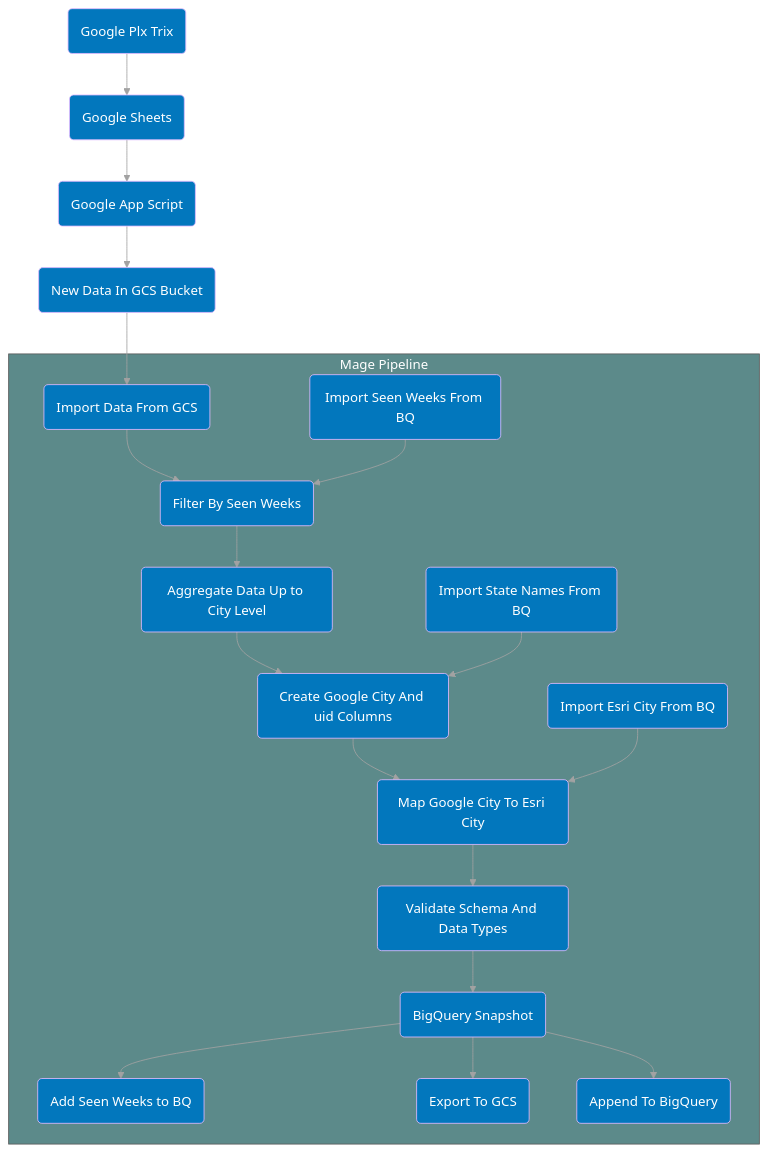
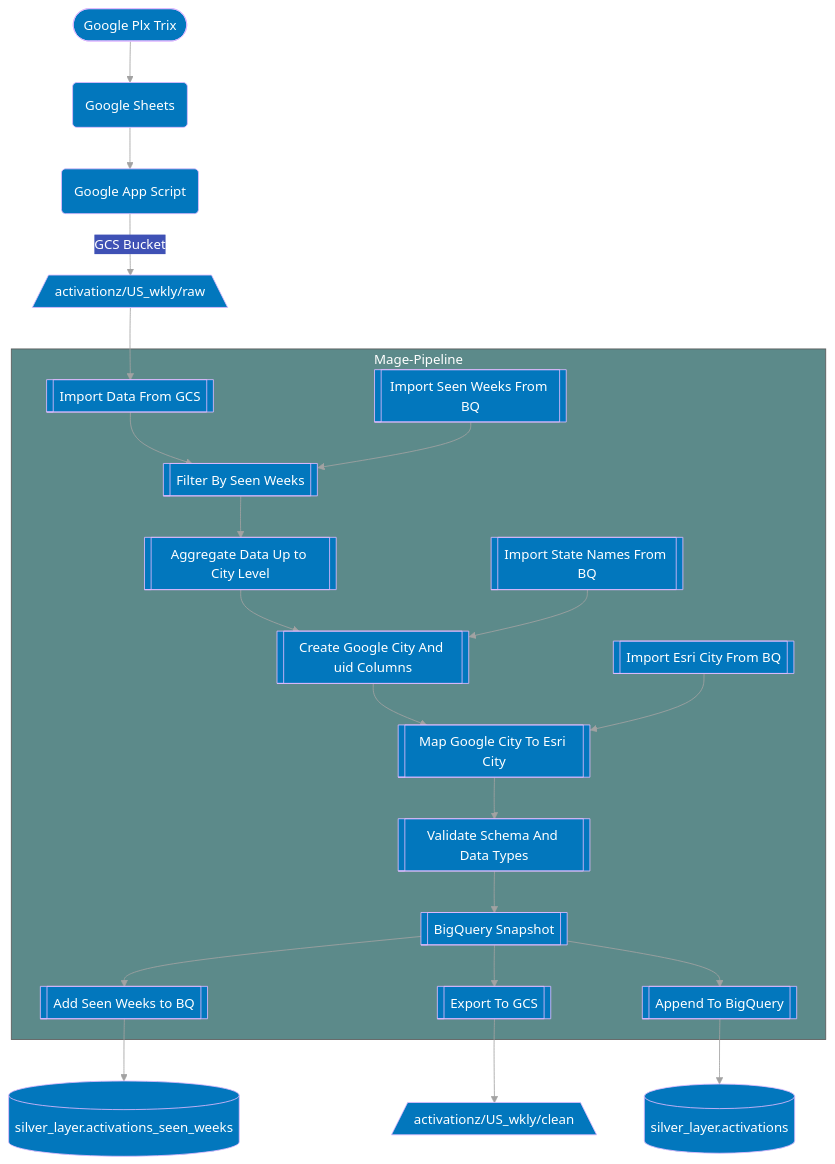
The diagram in documentation/pipelines/us_activations.md (CarrierOps/1P-Wiki), drawn with Mermaid before and after one commit. The commit also changed other lines of this file and 7 other files, not shown here.

````diff
--- a/documentation/pipelines/us_activations.md
+++ b/documentation/pipelines/us_activations.md
@@ -14,55 +14,64 @@
 ```mermaid
+flowchart TD
 %%{
   init: {
     'theme': 'base',
     'themeVariables': {
       'primaryColor': '#0277bd',
       'primaryTextColor': '#ffffff',
       'primaryBorderColor': '#e0bbff',
       'lineColor': '#a2a2a2',
       'secondaryColor': '#3f51b5',
       'tertiaryColor': '#5c8a8a',
       'tertiaryTextColor': '#ffffff'
     }
   }
 }%%
 
-flowchart TD
-id0(Google Plx Trix)
+id0([Google Plx Trix])
 id00(Google Sheets)
 id000(Google App Script)
-id0000(New Data In GCS Bucket)
+id0000[/activationz/US_wkly/raw\]
 id0-->id00
 id00 --> id000
-id000 --> id0000
+id000--GCS Bucket --> id0000
 id0000 -->id1
 
-subgraph Mage Pipeline
-id1(Import Data From GCS)
-id2(Import State Names From BQ)
-id3(Import Seen Weeks From BQ)
-id4(Import Esri City From BQ)
-id5(Filter By Seen Weeks)
+subgraph Mage-Pipeline
+id1[[Import Data From GCS]]
+id2[[Import State Names From BQ]]
+id3[[Import Seen Weeks From BQ]]
+id4[[Import Esri City From BQ]]
+id5[[Filter By Seen Weeks]]
 id1 --> id5
 id3 --> id5
-id6(Aggregate Data Up to City Level)
+id6[[Aggregate Data Up to City Level]]
 id5 --> id6
-id7(Create Google City And uid Columns)
+id7[[Create Google City And uid Columns]]
 id6 --> id7
 id2 --> id7
-id8(Map Google City To Esri City)
+id8[[Map Google City To Esri City]]
 id7 --> id8
 id4 --> id8
-id9(Validate Schema And Data Types)
+id9[[Validate Schema And Data Types]]
 id8 --> id9
-id10(BigQuery Snapshot)
+id10[[BigQuery Snapshot]]
 id9 --> id10
-id11(Add Seen Weeks to BQ)
+id11[[Add Seen Weeks to BQ]]
 id10 --> id11
-id12(Export To GCS)
-id13(Append To BigQuery)
+id12[[Export To GCS]]
+id13[[Append To BigQuery]]
 id10 --> id12
 id10 -->id13
 end
 
+id14[(silver_layer.activations_seen_weeks)]
+id15[(silver_layer.activations)]
+id16[/activationz/US_wkly/clean\]
+
+id11--> id14
+id13-->id15
+id12 --> id16
+
+
 ```
````
